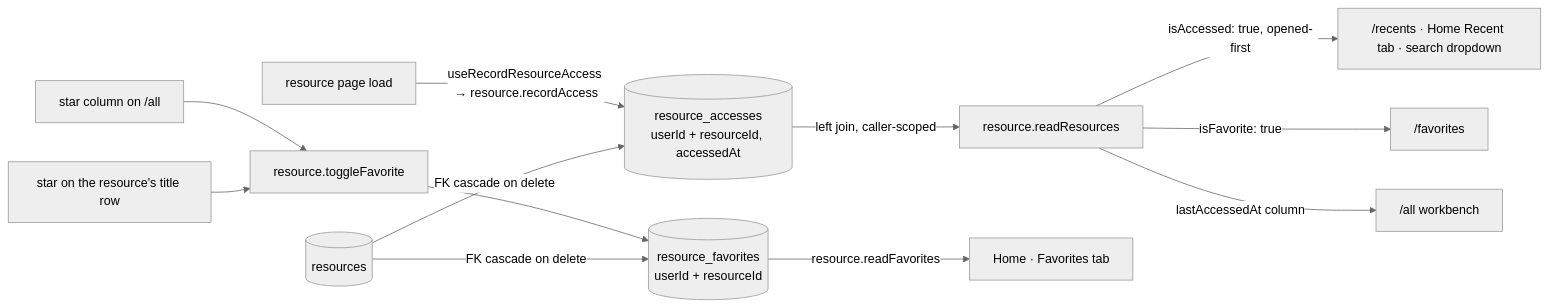
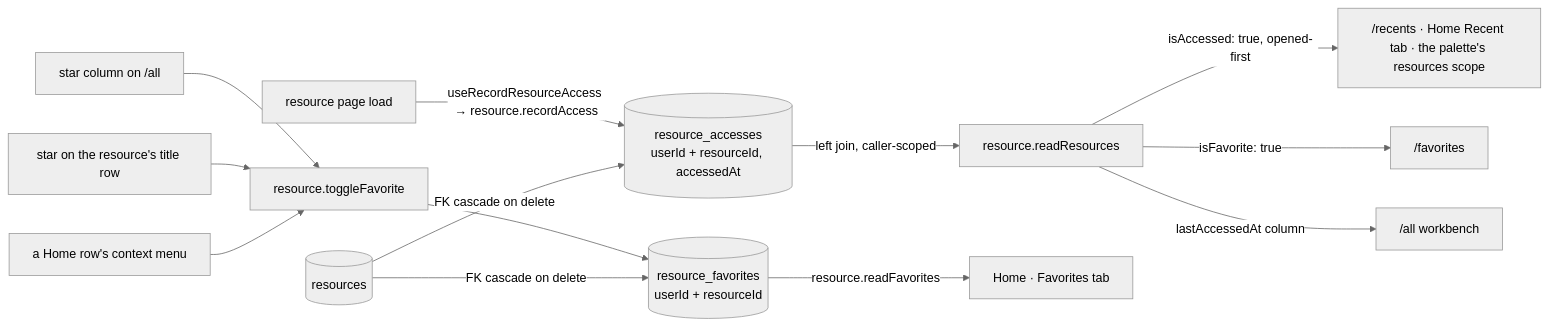
Before and after one commit to Esposter/Esposter: the diagram in apps/web/content/docs/resource/favorites-and-recents.md, drawn with Mermaid (neutral theme). The commit also changed other lines of this file and 45 other files, not shown here.

````diff
--- a/apps/web/content/docs/resource/favorites-and-recents.md
+++ b/apps/web/content/docs/resource/favorites-and-recents.md
@@ -18,14 +18,15 @@
 ```mermaid
 flowchart LR
   OPEN["resource page load"] -->|"useRecordResourceAccess → resource.recordAccess"| ACC[("resource_accesses<br/>userId + resourceId, accessedAt")]
   ACC -->|"left join, caller-scoped"| READ["resource.readResources"]
-  READ -->|"isAccessed: true, opened-first"| RECENT["/recents · Home Recent tab · search dropdown"]
+  READ -->|"isAccessed: true, opened-first"| RECENT["/recents · Home Recent tab · the palette's resources scope"]
   READ -->|"isFavorite: true"| FLIST["/favorites"]
   READ -->|"lastAccessedAt column"| ALL["/all workbench"]
   STARL["star column on /all"] --> TGL["resource.toggleFavorite"]
   STARB["star on the resource's title row"] --> TGL
+  STARH["a Home row's context menu"] --> TGL
   TGL --> FAV[("resource_favorites<br/>userId + resourceId")]
   FAV -->|resource.readFavorites| FTAB["Home · Favorites tab"]
   RES[("resources")] -->|FK cascade on delete| FAV
   RES -->|FK cascade on delete| ACC
 ```
````
